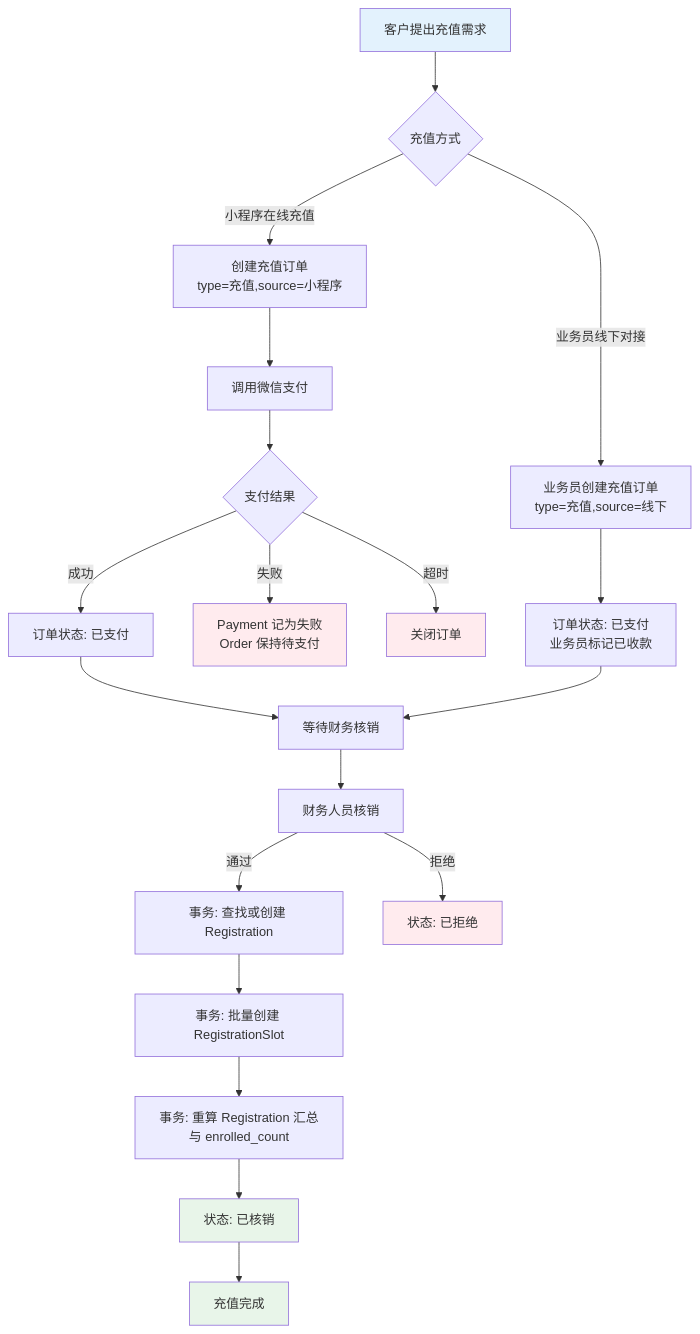
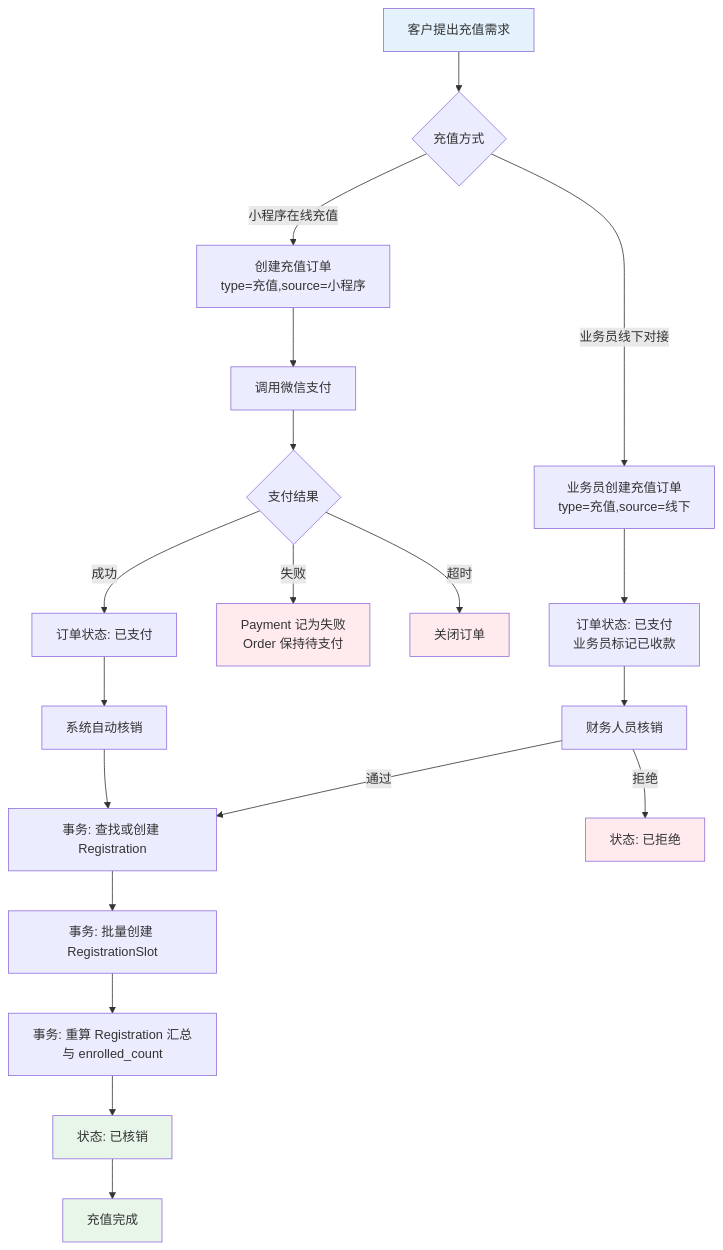
The sixth of 8 diagrams in 课程培训平台/PRD.md (zingxy/side-job), drawn with Mermaid before and after one commit. The commit also changed other lines of this file and 1 other file, not shown here.

````diff
--- a/课程培训平台/PRD.md
+++ b/课程培训平台/PRD.md
@@ -748,28 +363,28 @@
 ```mermaid
 flowchart TD
     A[客户提出充值需求] --> B{充值方式}
     B -->|小程序在线充值| C[创建充值订单<br/>type=充值,source=小程序]
     B -->|业务员线下对接| D[业务员创建充值订单<br/>type=充值,source=线下]
     C --> E[调用微信支付]
     E --> F{支付结果}
     F -->|成功| G[订单状态: 已支付]
     F -->|失败| H[Payment 记为失败<br/>Order 保持待支付]
     F -->|超时| I[关闭订单]
     D --> J[订单状态: 已支付<br/>业务员标记已收款]
-    G --> K[等待财务核销]
-    J --> K
-    K --> L[财务人员核销]
-    L -->|通过| M[事务: 查找或创建 Registration]
+    G --> K[系统自动核销]
+    K --> M[事务: 查找或创建 Registration]
+    J --> L[财务人员核销]
+    L -->|通过| M
     M --> N[事务: 批量创建 RegistrationSlot]
     N --> O[事务: 重算 Registration 汇总与 enrolled_count]
     O --> P[状态: 已核销]
     L -->|拒绝| R[状态: 已拒绝]
     P --> Q[充值完成]
 
     style A fill:#e3f2fd
     style Q fill:#e8f5e9
     style P fill:#e8f5e9
     style H fill:#ffebee
     style I fill:#ffebee
     style R fill:#ffebee
 ```
````
